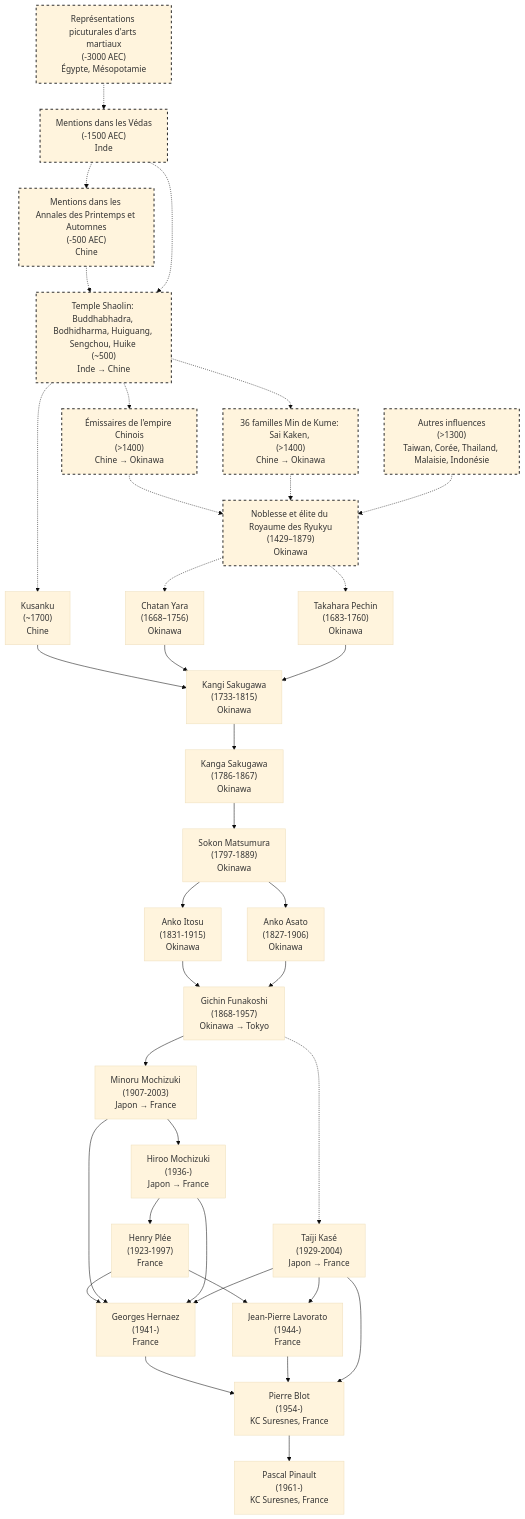
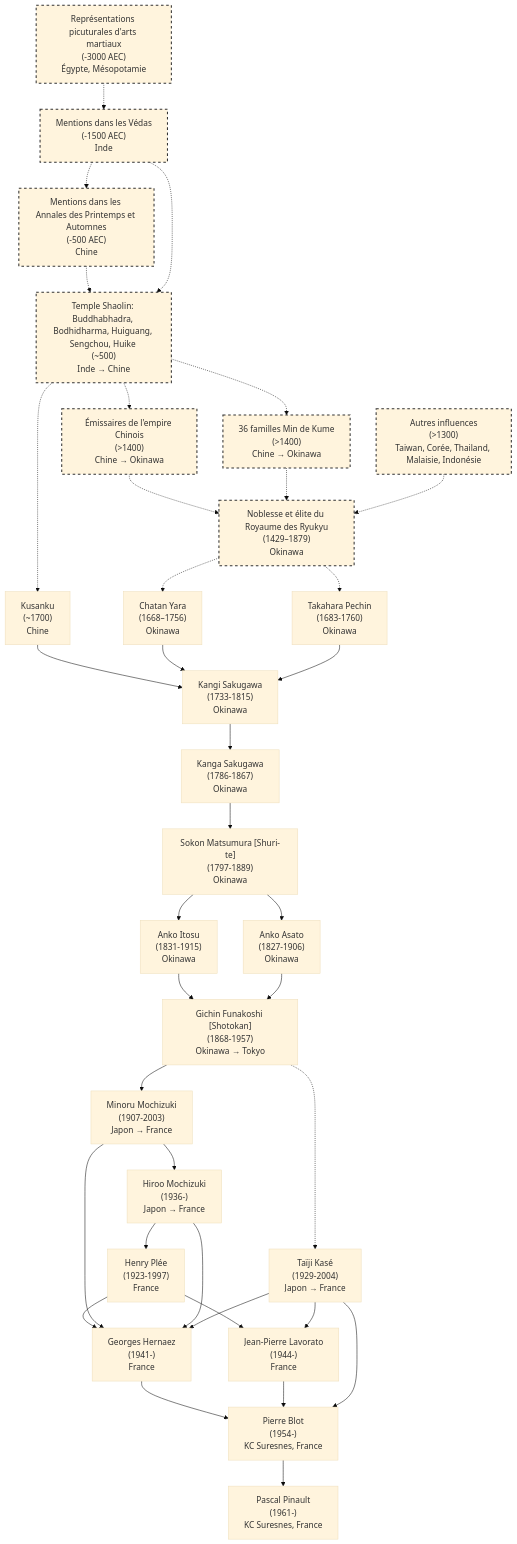
Before and after one commit to NicolasPA/kcsuresnes: the diagram in pages/lignee.md, drawn with Mermaid (base theme). The commit also changed other lines of this file, not shown here.

Commit message:
Update historical lineage of Karate Club professors

````diff
--- a/pages/lignee.md
+++ b/pages/lignee.md
@@ -3,49 +3,49 @@
 ```mermaid
 graph TD
     A01["Représentations picuturales d'arts martiaux<br/>(-3000 AEC)<br/>Égypte, Mésopotamie"]
     -.-> A02["Mentions dans les Védas<br/>(-1500 AEC)<br/>Inde"]
     -.-> A03["Mentions dans les Annales des Printemps et Automnes<br/>(-500 AEC)<br/>Chine"]
     -.-> A04["Temple Shaolin: Buddhabhadra, Bodhidharma, Huiguang, Sengchou, Huike <br/>(~500)<br/>Inde → Chine"]
     A02 -.-> A04
 
-    -.-> A05["36 familles Min de Kume: Sai Kaken, <br/>(>1400)<br/>Chine → Okinawa"]
+    -.-> A05["36 familles Min de Kume<br/>(>1400)<br/>Chine → Okinawa"]
     A04 -.-> A06["Émissaires de l'empire Chinois<br/>(>1400)<br/>Chine → Okinawa"]
     -.-> A07["Noblesse et élite du Royaume des Ryukyu<br/>(1429–1879)<br/>Okinawa"]
     A05 -.-> A07
     A08["Autres influences<br/>(>1300)<br/>Taiwan, Corée, Thailand, Malaisie, Indonésie"]
     A08 -.-> A07
 
     A04 -.-> A1["Kusanku<br/>(~1700)<br/>Chine"]
     A2["Chatan Yara<br/>(1668–1756)<br/>Okinawa"]
     A07 -.-> A2
     A3["Takahara Pechin<br/>(1683-1760)<br/>Okinawa"]
     A07 -.-> A3
     B1["Kangi Sakugawa<br/>(1733-1815)<br/>Okinawa"]
     A1 --> B1
     A2 --> B1
     A3 --> B1
     --> B2["Kanga Sakugawa<br/>(1786-1867)<br/>Okinawa"]
-    --> C["Sokon Matsumura<br/>(1797-1889)<br/>Okinawa"]
+    --> C["Sokon Matsumura [Shuri-te]<br/>(1797-1889)<br/>Okinawa"]
     --> D["Anko Itosu<br/>(1831-1915)<br/>Okinawa"]
     C --> E["Anko Asato<br/>(1827-1906)<br/>Okinawa"]
-    D --> F["Gichin Funakoshi<br/>(1868-1957)<br/>Okinawa → Tokyo"]
+    D --> F["Gichin Funakoshi [Shotokan]<br/>(1868-1957)<br/>Okinawa → Tokyo"]
     E --> F
     --> G["Minoru Mochizuki<br/>(1907-2003)<br/>Japon → France"]
     --> H["Hiroo Mochizuki<br/>(1936-)<br/>Japon → France"]
     --> I["Henry Plée<br/>(1923-1997)<br/>France"]
     J["Taïji Kasé<br/>(1929-2004)<br/>Japon → France"]
     F -.-> J
     I --> K["Jean-Pierre Lavorato<br/>(1944-)<br/>France"]
     J --> K
     I --> L["Georges Hernaez<br/>(1941-)<br/>France"]
     G --> L
     H --> L
     J --> L
     L --> M["Pierre Blot<br/>(1954-)<br/>KC Suresnes, France"]
     K --> M
     J --> M
     M --> N["Pascal Pinault<br/>(1961-)<br/>KC Suresnes, France"]
     
     classDef dottedStyle stroke:#333,stroke-dasharray: 5 5,stroke-width:2px
     class A01,A02,A03,A04,A05,A06,A07,A08 dottedStyle
 ```
````
